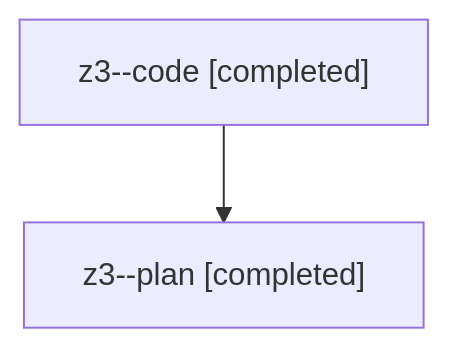
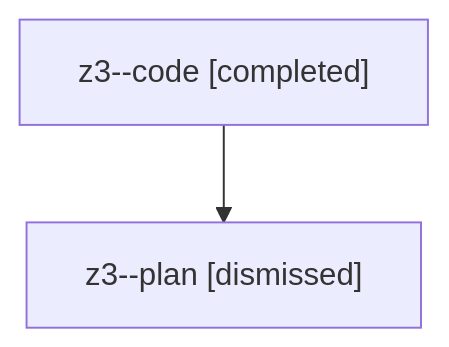
One commit to sase-org/sase--agents changed the diagram in families/bbugyi200.athena.z3.md. Above: the diagram before and after it, drawn with Mermaid. The commit also changed other lines of this file and 1178 other files, not shown here.

````diff
--- a/families/bbugyi200.athena.z3.md
+++ b/families/bbugyi200.athena.z3.md
@@ -9,6 +9,6 @@
 ```mermaid
 flowchart TD
   n0["z3--code [completed]"]
-  n1["z3--plan [completed]"]
+  n1["z3--plan [dismissed]"]
   n0 --> n1
 ```
````
